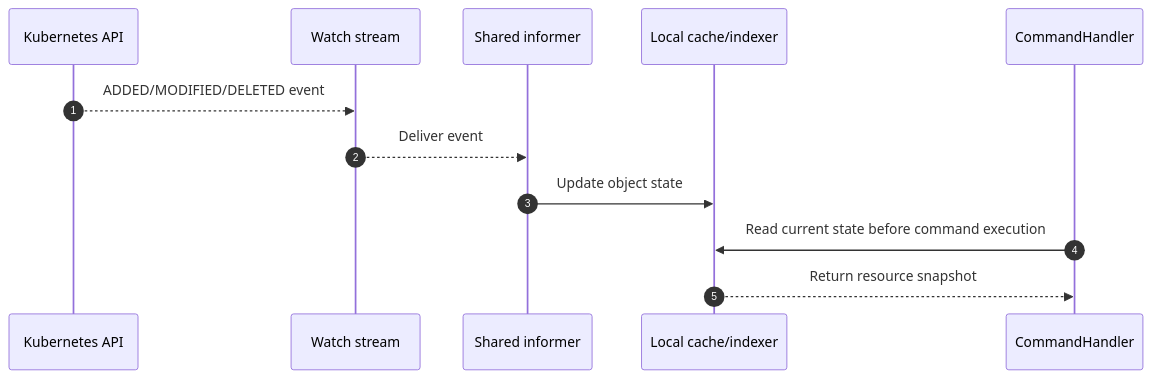
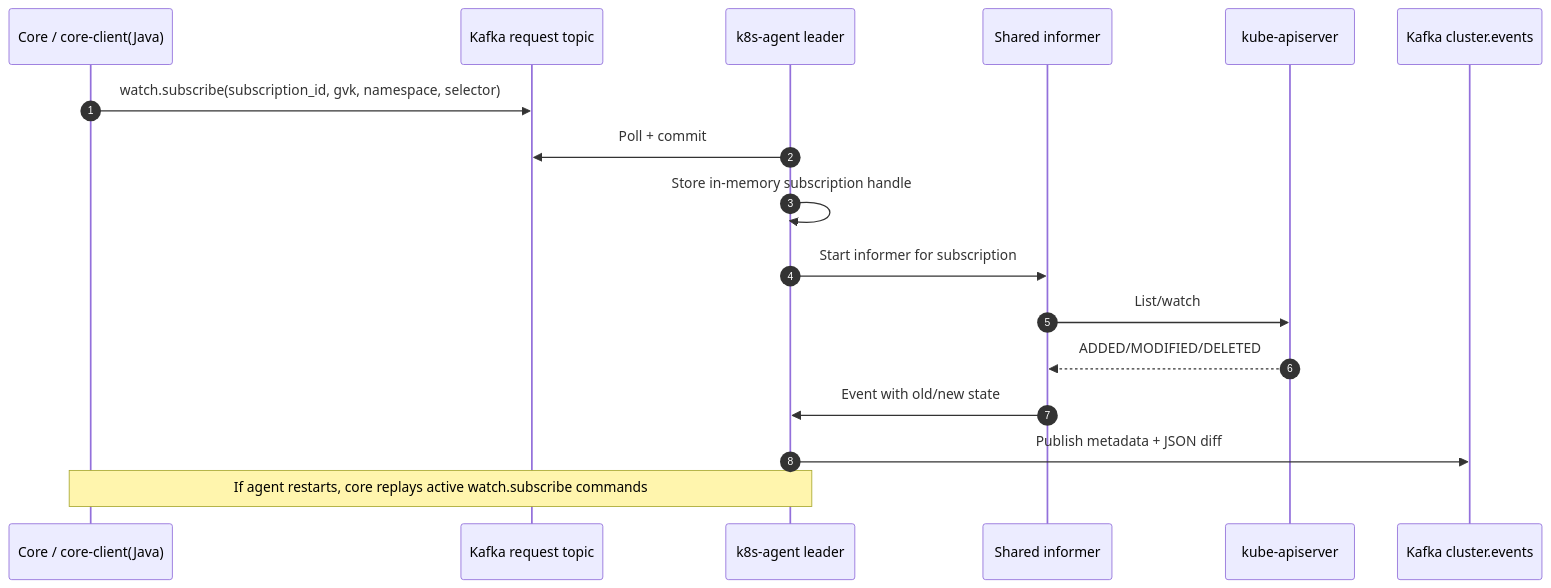
One commit to tormoz70/usmc-k8s-agent changed the fourth of 6 diagrams in docs/architecture-core-client-k8s-agent.md. Above: the diagram before and after it, drawn with Mermaid. The commit also changed other lines of this file, not shown here.

Commit message:
docs: align core client agent architecture with MVP decisions

````diff
--- a/docs/architecture-core-client-k8s-agent.md
+++ b/docs/architecture-core-client-k8s-agent.md
@@ -233,15 +345,20 @@
 ```mermaid
 sequenceDiagram
     autonumber
-    participant Kube as Kubernetes API
-    participant Watcher as Watch stream
+    participant Core as Core / core-client(Java)
+    participant Req as Kafka request topic
+    participant Agent as k8s-agent leader
     participant Informer as Shared informer
-    participant Cache as Local cache/indexer
-    participant Handler as CommandHandler
+    participant Kube as kube-apiserver
+    participant Events as Kafka cluster.events
 
-    Kube-->>Watcher: ADDED/MODIFIED/DELETED event
-    Watcher-->>Informer: Deliver event
-    Informer->>Cache: Update object state
-    Handler->>Cache: Read current state before command execution
-    Cache-->>Handler: Return resource snapshot
+    Core->>Req: watch.subscribe(subscription_id, gvk, namespace, selector)
+    Agent->>Req: Poll + commit
+    Agent->>Agent: Store in-memory subscription handle
+    Agent->>Informer: Start informer for subscription
+    Informer->>Kube: List/watch
+    Kube-->>Informer: ADDED/MODIFIED/DELETED
+    Informer->>Agent: Event with old/new state
+    Agent->>Events: Publish metadata + JSON diff
+    Note over Core,Agent: If agent restarts, core replays active watch.subscribe commands
 ```
````
